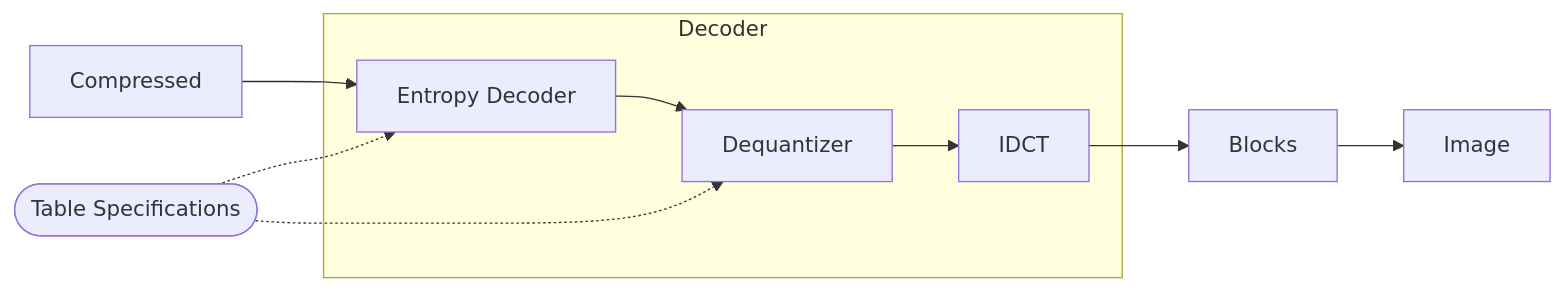
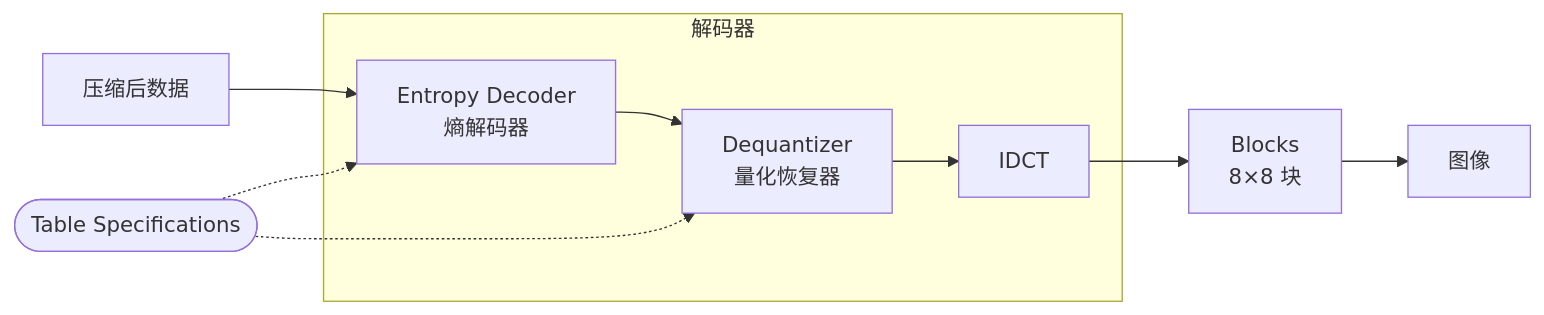
Before and after one commit to YDX-2147483647/information-theory: the second of 2 diagrams in jpeg/ReadMe.md, drawn with Mermaid. The commit also changed other lines of this file and 11 other files, not shown here.

````diff
--- a/jpeg/ReadMe.md
+++ b/jpeg/ReadMe.md
@@ -28,13 +56,13 @@
 ```mermaid
 flowchart LR
-    Compressed --> entropy["Entropy Decoder"]
+    Compressed[压缩后数据] --> entropy["Entropy Decoder<br>熵解码器"]
 
-    subgraph Decoder
-        entropy --> Dequantizer --> IDCT
+    subgraph 解码器
+        entropy --> Dequantizer["Dequantizer<br>量化恢复器"] --> IDCT
     end
     
     table(["Table Specifications"]) -.-> Dequantizer
     table -.-> entropy
 
-    IDCT --> Blocks --> Image
+    IDCT --> Blocks["Blocks<br>8×8 块"] --> Image[图像]
 ```
````
